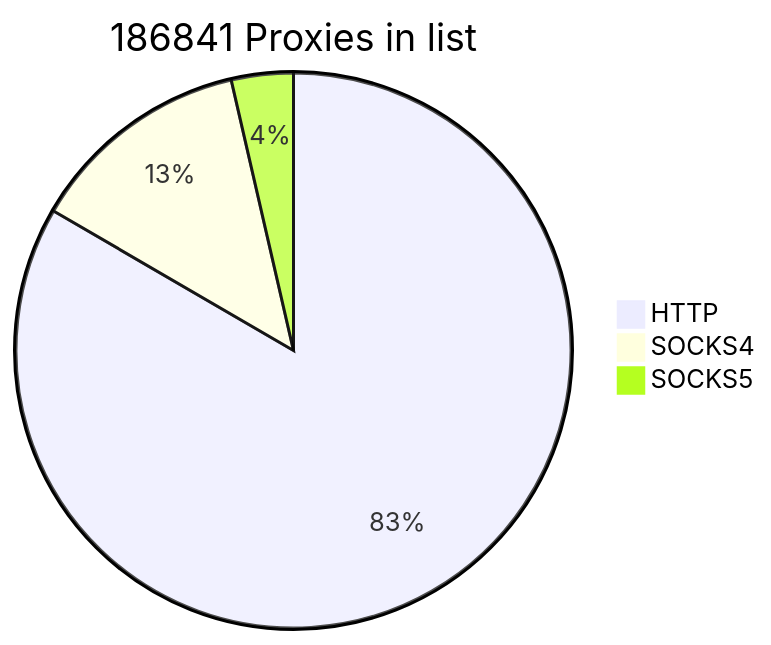
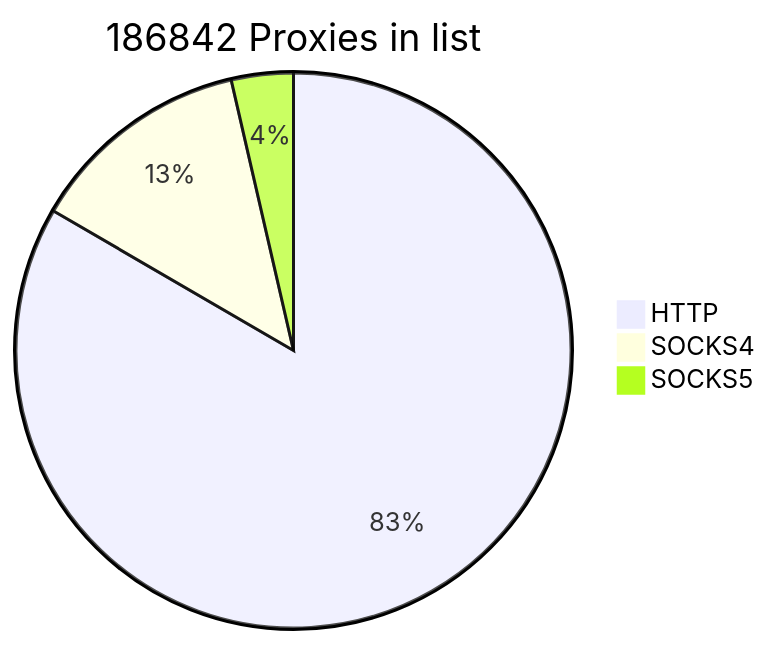
The first of 2 diagrams in README.md (cutipu/proxylist), drawn with Mermaid before and after one commit. The commit also changed other lines of this file, not shown here.

````diff
--- a/README.md
+++ b/README.md
@@ -2,7 +2,7 @@
 ```mermaid
-pie title 186841 Proxies in list
+pie title 186842 Proxies in list
     "HTTP" : 155797
     "SOCKS4" : 24315
-    "SOCKS5" : 6729
+    "SOCKS5" : 6730
             
 ```
````
